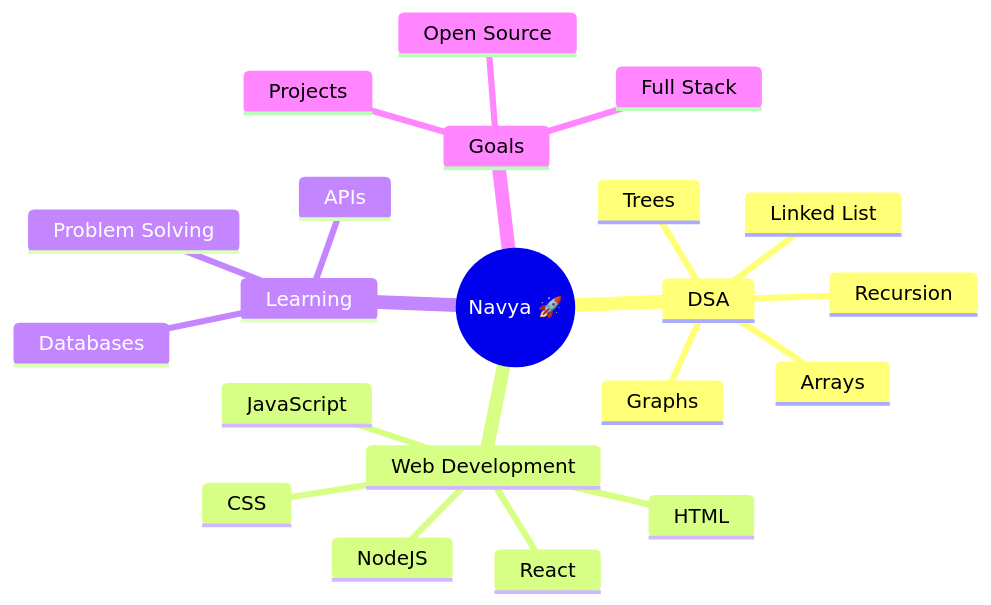
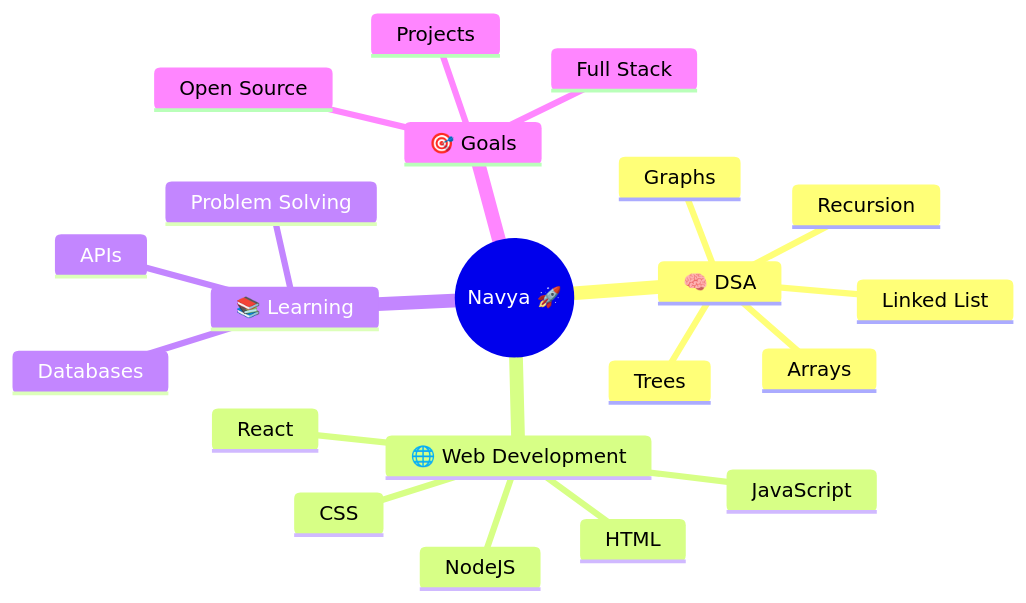
Before and after one commit to navyaa-sh28/navyaa-sh28: the diagram in README.md, drawn with Mermaid. The commit also changed other lines of this file, not shown here.

````diff
--- a/README.md
+++ b/README.md
@@ -142,24 +156,24 @@
 ```mermaid
 mindmap
   root((Navya 🚀))
-    DSA
+    🧠 DSA
       Arrays
       Linked List
       Trees
       Graphs
       Recursion
-    Web Development
+    🌐 Web Development
       HTML
       CSS
       JavaScript
       React
       NodeJS
-    Learning
+    📚 Learning
       APIs
       Databases
       Problem Solving
-    Goals
+    🎯 Goals
       Full Stack
       Open Source
       Projects
 ```
````
